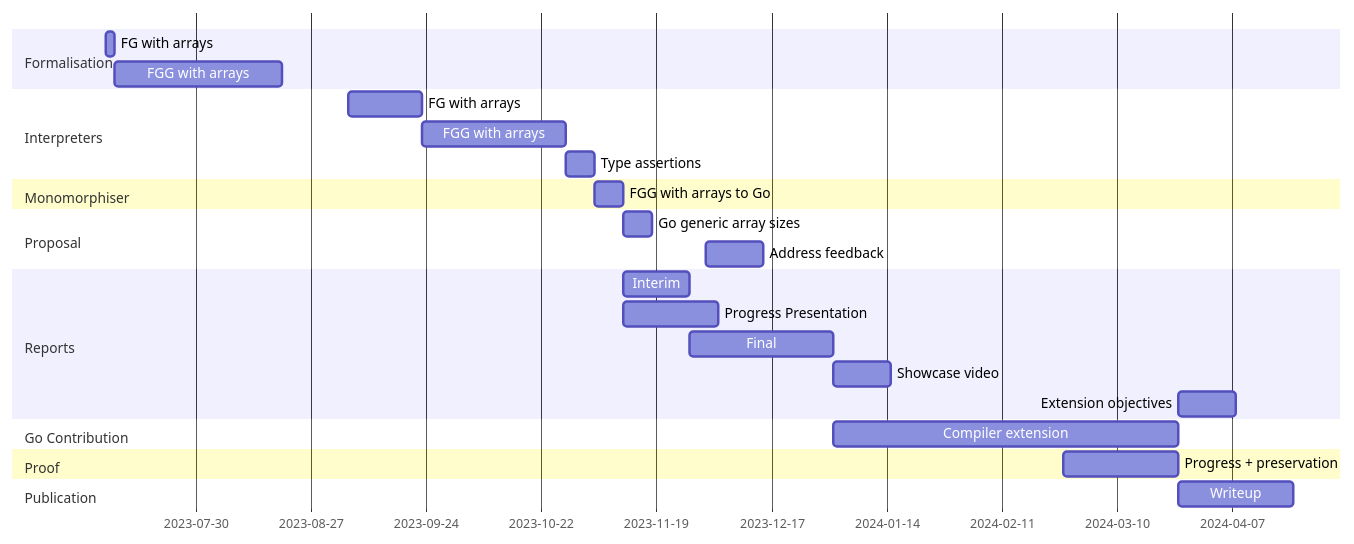
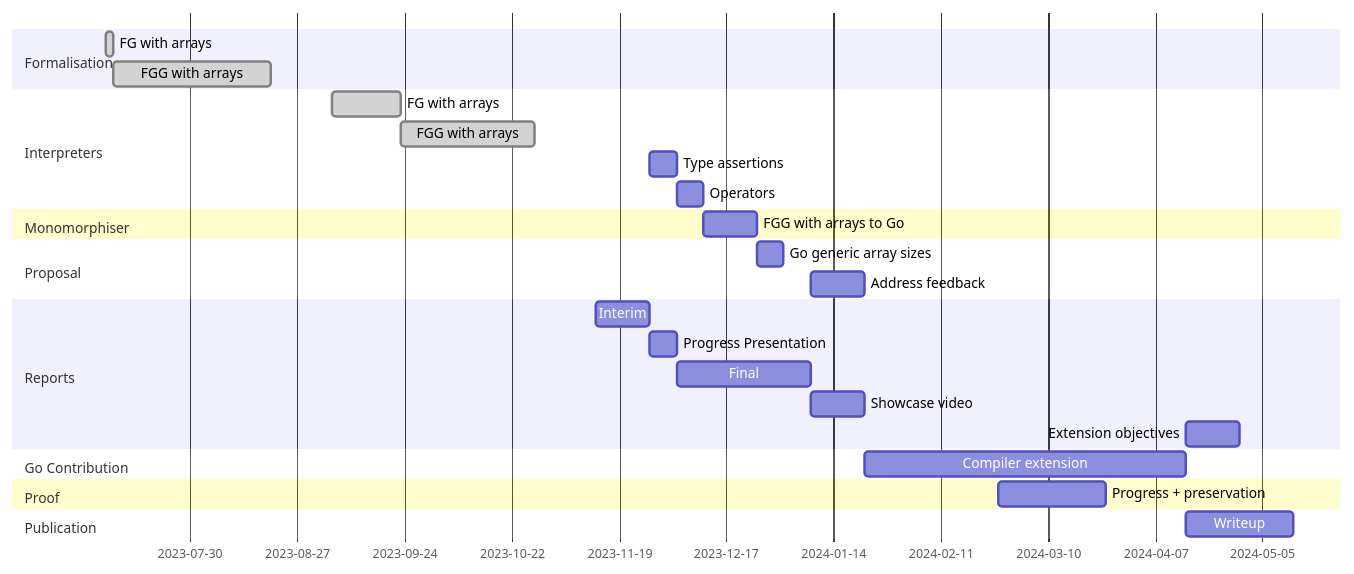
One commit to dawidl022/go-const-generics changed the diagram in deliverables/2-report/project-plan.mmd. Above: the diagram before and after it, drawn with Mermaid. The commit also changed 1 other file, not shown here.

```diff
--- a/deliverables/2-report/project-plan.mmd
+++ b/deliverables/2-report/project-plan.mmd
@@ -1,27 +1,28 @@
 gantt
     tickInterval 4week
     dateFormat  YYYY-MM-DD
     section Formalisation
-        FG with arrays :2023-07-08, 2023-07-10
-        FGG with arrays :2023-07-10, 2023-08-20
+        FG with arrays :done, 2023-07-08, 2023-07-10
+        FGG with arrays :done, 2023-07-10, 2023-08-20
     section Interpreters
-        FG with arrays :2023-09-05,2023-09-23
-        FGG with arrays :fggi, 2023-09-23, 5w
-        Type assertions :tai, after fggi, 1w
+        FG with arrays :done, 2023-09-05,2023-09-23
+        FGG with arrays :done, fggi, 2023-09-23, 5w
+        Type assertions :tai, after interim, 1w
+        Operators :op, after tai, 1w
     section Monomorphiser
-        FGG with arrays to Go :fggm, after tai, 1w
+        FGG with arrays to Go :fggm, after op, 2w
     section Proposal
         Go generic array sizes :after fggm, 1w
-        Address feedback :2023-12-01, 2w
+        Address feedback :feedback, after report, 2w
     section Reports
-        Interim :interim, after fggm, 2023-11-27
-        Progress Presentation :after fggm, 2023-12-04
-        Final :report, after interim, 5w
+        Interim :interim, 2023-11-13, 2023-11-27
+        Progress Presentation :progress, after interim, 2023-12-04
+        Final :report, after progress, 5w
         Showcase video :after report, 2w
         Extension objectives :after compiler, 2w
     section Go Contribution
-        Compiler extension :compiler, after report, 12w
+        Compiler extension :compiler, after feedback, 12w
     section Proof
         Progress + preservation :2024-02-26, 4w
     section Publication
         Writeup :after compiler, 4w
```
